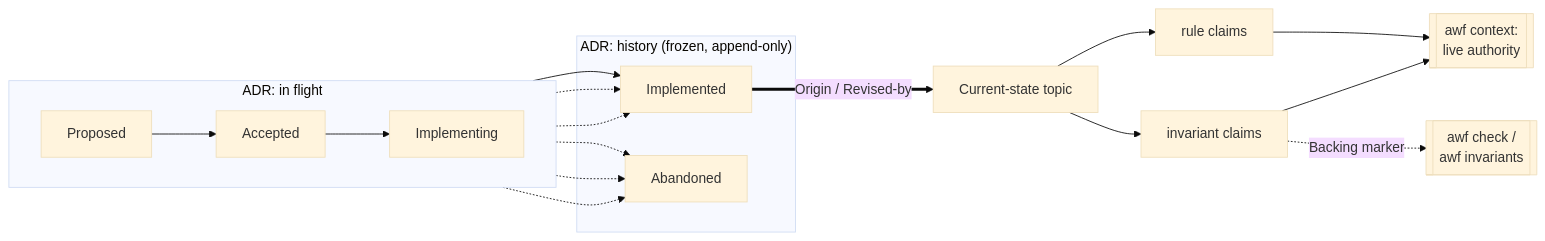
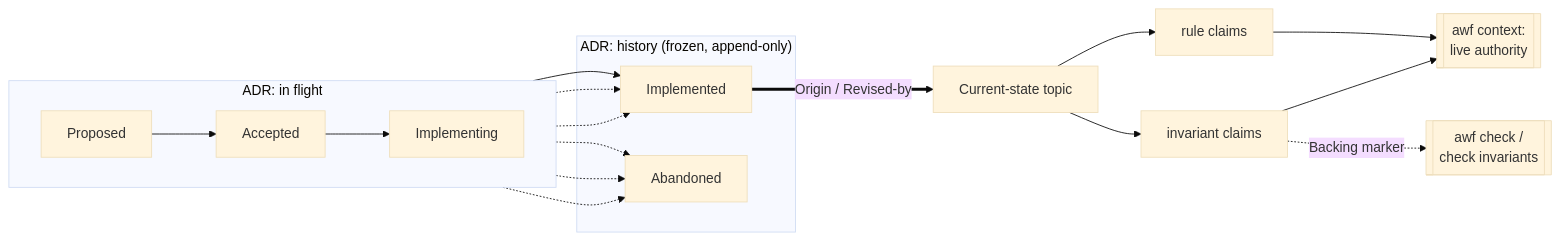
Before and after one commit to hypnotox/agentic-workflows: the second of 2 diagrams in README.md, drawn with Mermaid (base theme). The commit also changed other lines of this file and 67 other files, not shown here.

````diff
--- a/README.md
+++ b/README.md
@@ -146,23 +146,23 @@
 ```mermaid
 flowchart LR
     subgraph flight["ADR: in flight"]
         direction LR
         PR[Proposed] --> AC[Accepted] --> IM[Implementing]
     end
     subgraph hist["ADR: history (frozen, append-only)"]
         IMP[Implemented]
         AB[Abandoned]
     end
     IM --> IMP
     PR -.-> IMP
     AC -.-> IMP
     PR -.-> AB
     AC -.-> AB
     IM -.-> AB
     IMP ==>|"Origin / Revised-by"| TOPIC[Current-state topic]
     TOPIC --> RULE[rule claims]
     TOPIC --> INV[invariant claims]
     RULE --> AUTH[["awf context:<br/>live authority"]]
     INV --> AUTH
-    INV -.->|Backing marker| CHECK[["awf check /<br/>awf invariants"]]
+    INV -.->|Backing marker| CHECK[["awf check /<br/>check invariants"]]
 ```
````
